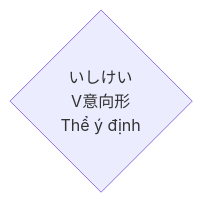
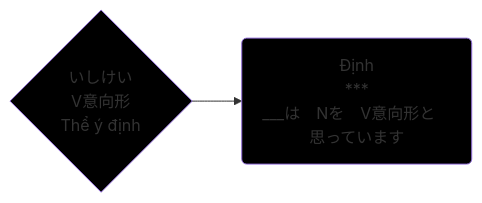
Before and after one commit to tea1504/learn: the diagram in The/意向形.md, drawn with Mermaid. The commit also changed 16 other files, not shown here.

````diff
--- a/The/意向形.md
+++ b/The/意向形.md
@@ -2,5 +2,8 @@
 ```mermaid
 graph LR;
     V{いしけい\nV意向形\n Thể ý định}
-    
+    V-->dinh(Định\n***\n___は　Nを　V意向形と　思っています)
+
+    style V fill:#000
+    style dinh fill:#000
 ```
````
